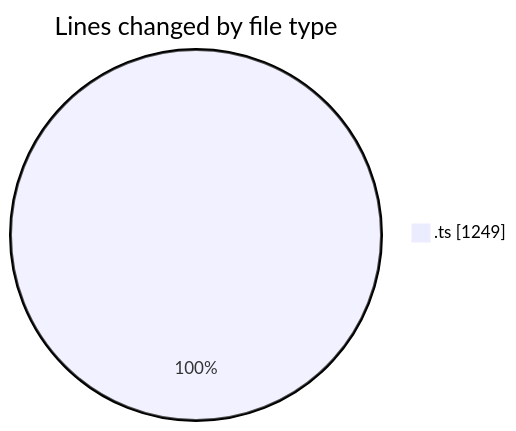
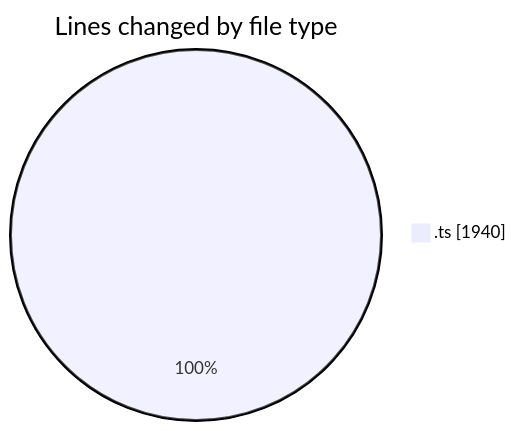
One commit to momahboobian/code-tracking changed the first of 2 diagrams in 2025-10-23/cda/README.md. Above: the diagram before and after it, drawn with Mermaid. The commit also changed other lines of this file and 1 other file, not shown here.

````diff
--- a/2025-10-23/cda/README.md
+++ b/2025-10-23/cda/README.md
@@ -23,5 +23,5 @@
 ```mermaid
 pie showData
 title Lines changed by file type
-".ts" : 1249
+".ts" : 1940
 ```
````
